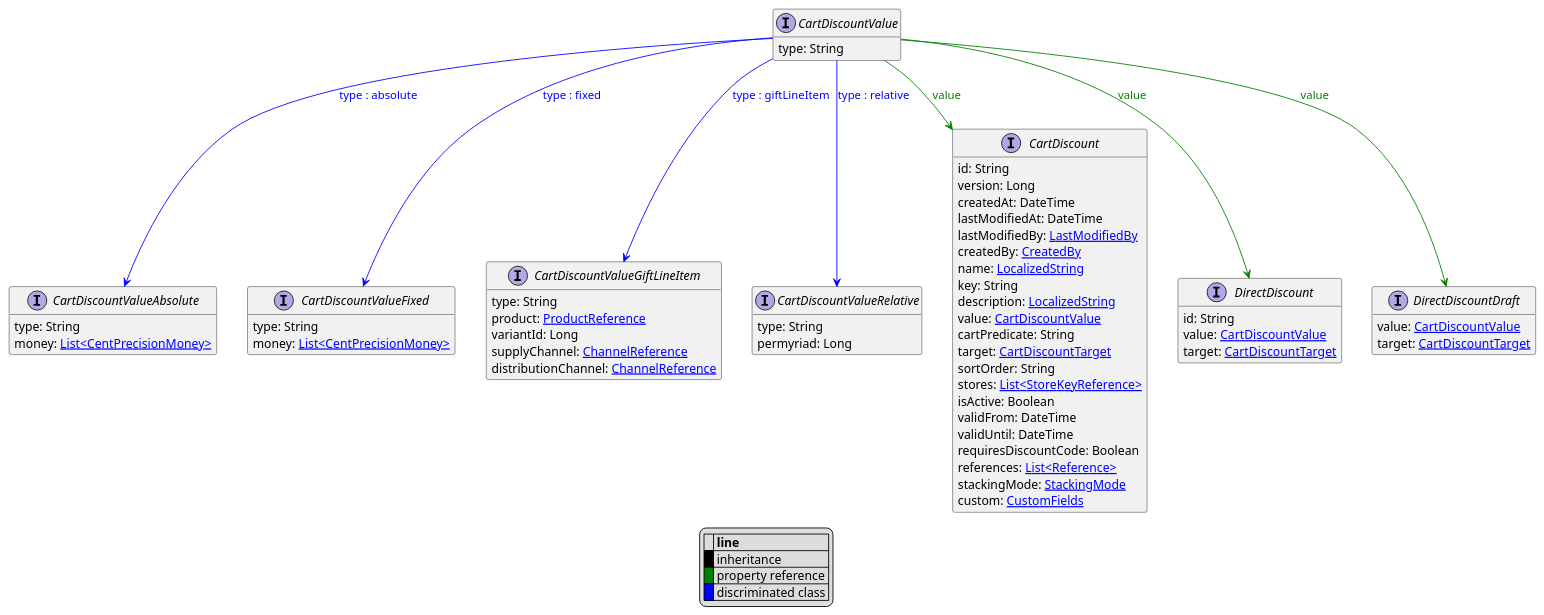
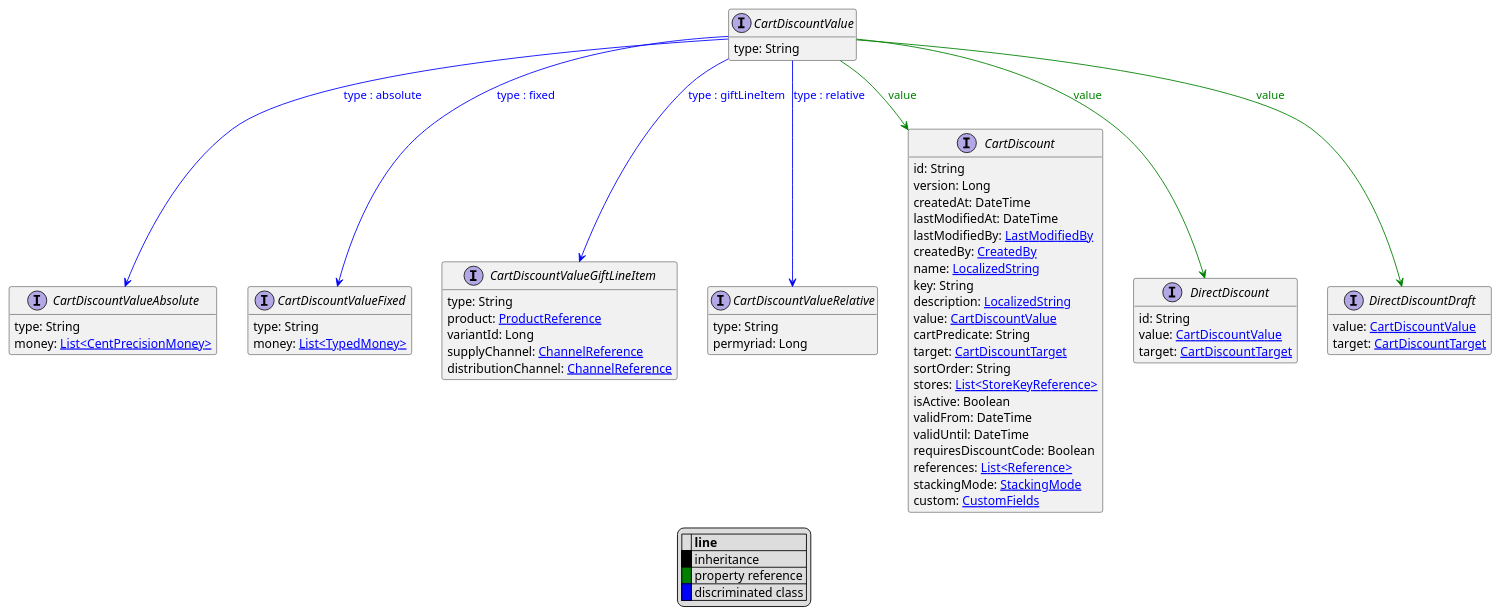
Before and after one commit to commercetools/commercetools-api-reference: the diagram in uml/api/CartDiscountValue.puml, drawn with PlantUML. The commit also changed 22 other files, not shown here.

```diff
--- a/uml/api/CartDiscountValue.puml
+++ b/uml/api/CartDiscountValue.puml
@@ -1,74 +1,74 @@
 @startuml
 
 hide empty fields
 hide empty methods
 legend
 |= |= line |
 |<back:black>   </back>| inheritance |
 |<back:green>   </back>| property reference |
 |<back:blue>   </back>| discriminated class |
 endlegend
 interface CartDiscountValue [[CartDiscountValue.svg]]  {
     type: String
 }
 
 
 interface CartDiscountValueAbsolute [[CartDiscountValueAbsolute.svg]]  {
     type: String
     money: [[CentPrecisionMoney.svg List<CentPrecisionMoney>]]
 }
 interface CartDiscountValueFixed [[CartDiscountValueFixed.svg]]  {
     type: String
-    money: [[CentPrecisionMoney.svg List<CentPrecisionMoney>]]
+    money: [[TypedMoney.svg List<TypedMoney>]]
 }
 interface CartDiscountValueGiftLineItem [[CartDiscountValueGiftLineItem.svg]]  {
     type: String
     product: [[ProductReference.svg ProductReference]]
     variantId: Long
     supplyChannel: [[ChannelReference.svg ChannelReference]]
     distributionChannel: [[ChannelReference.svg ChannelReference]]
 }
 interface CartDiscountValueRelative [[CartDiscountValueRelative.svg]]  {
     type: String
     permyriad: Long
 }
 interface CartDiscount [[CartDiscount.svg]]  {
     id: String
     version: Long
     createdAt: DateTime
     lastModifiedAt: DateTime
     lastModifiedBy: [[LastModifiedBy.svg LastModifiedBy]]
     createdBy: [[CreatedBy.svg CreatedBy]]
     name: [[LocalizedString.svg LocalizedString]]
     key: String
     description: [[LocalizedString.svg LocalizedString]]
     value: [[CartDiscountValue.svg CartDiscountValue]]
     cartPredicate: String
     target: [[CartDiscountTarget.svg CartDiscountTarget]]
     sortOrder: String
     stores: [[StoreKeyReference.svg List<StoreKeyReference>]]
     isActive: Boolean
     validFrom: DateTime
     validUntil: DateTime
     requiresDiscountCode: Boolean
     references: [[Reference.svg List<Reference>]]
     stackingMode: [[StackingMode.svg StackingMode]]
     custom: [[CustomFields.svg CustomFields]]
 }
 interface DirectDiscount [[DirectDiscount.svg]]  {
     id: String
     value: [[CartDiscountValue.svg CartDiscountValue]]
     target: [[CartDiscountTarget.svg CartDiscountTarget]]
 }
 interface DirectDiscountDraft [[DirectDiscountDraft.svg]]  {
     value: [[CartDiscountValue.svg CartDiscountValue]]
     target: [[CartDiscountTarget.svg CartDiscountTarget]]
 }
 CartDiscountValue --> CartDiscountValueAbsolute #blue;text:blue : "type : absolute"
 CartDiscountValue --> CartDiscountValueFixed #blue;text:blue : "type : fixed"
 CartDiscountValue --> CartDiscountValueGiftLineItem #blue;text:blue : "type : giftLineItem"
 CartDiscountValue --> CartDiscountValueRelative #blue;text:blue : "type : relative"
 CartDiscountValue --> CartDiscount #green;text:green : "value"
 CartDiscountValue --> DirectDiscount #green;text:green : "value"
 CartDiscountValue --> DirectDiscountDraft #green;text:green : "value"
 @enduml
```
